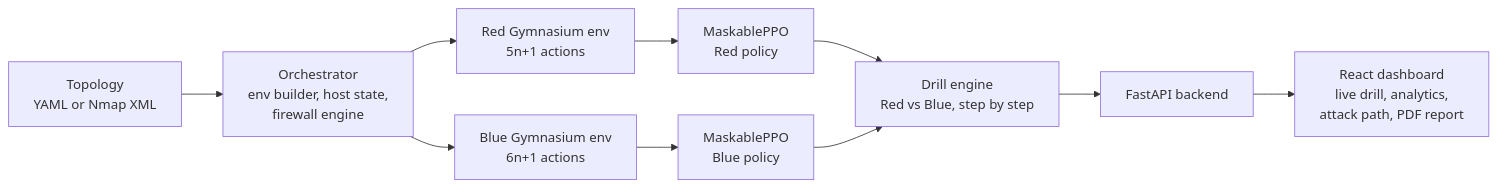
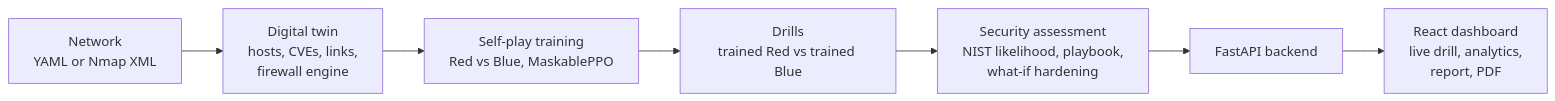
One commit to armaghan30/AI-Cyber-Drill-System changed the diagram in README.md. Above: the diagram before and after it, drawn with Mermaid. The commit also changed other lines of this file and 2 other files, not shown here.

````diff
--- a/README.md
+++ b/README.md
@@ -38,12 +49,9 @@
 ```mermaid
 flowchart LR
-    A[Topology<br/>YAML or Nmap XML] --> B[Orchestrator<br/>env builder, host state,<br/>firewall engine]
-    B --> C[Red Gymnasium env<br/>5n+1 actions]
-    B --> D[Blue Gymnasium env<br/>6n+1 actions]
-    C --> E[MaskablePPO<br/>Red policy]
-    D --> F[MaskablePPO<br/>Blue policy]
-    E --> G[Drill engine<br/>Red vs Blue, step by step]
-    F --> G
-    G --> H[FastAPI backend]
-    H --> I[React dashboard<br/>live drill, analytics,<br/>attack path, PDF report]
+    A[Network<br/>YAML or Nmap XML] --> B[Digital twin<br/>hosts, CVEs, links,<br/>firewall engine]
+    B --> C[Self-play training<br/>Red vs Blue, MaskablePPO]
+    C --> D[Drills<br/>trained Red vs trained Blue]
+    D --> E[Security assessment<br/>NIST likelihood, playbook,<br/>what-if hardening]
+    E --> F[FastAPI backend]
+    F --> G[React dashboard<br/>live drill, analytics,<br/>report, PDF]
 ```
````
